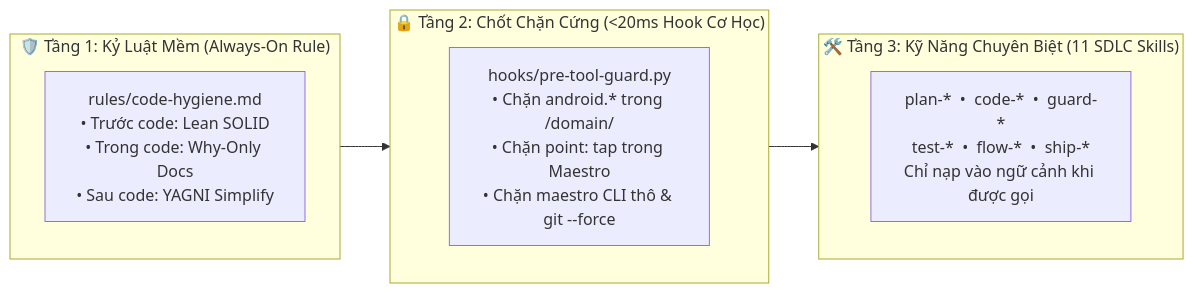
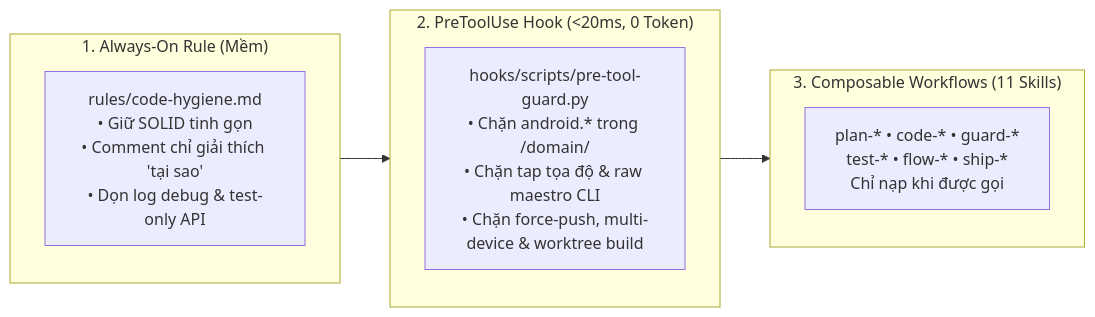
The diagram in README_VI.md (yukido0205/android-agentic-sdlc), drawn with Mermaid before and after one commit. The commit also changed other lines of this file and 4 other files, not shown here.

````diff
--- a/README_VI.md
+++ b/README_VI.md
@@ -38,16 +46,16 @@
 ```mermaid
 flowchart LR
-    subgraph L1["🛡️ Tầng 1: Kỷ Luật Mềm (Always-On Rule)"]
-        R["rules/code-hygiene.md<br/>• Trước code: Lean SOLID<br/>• Trong code: Why-Only Docs<br/>• Sau code: YAGNI Simplify"]
+    subgraph L1["1. Always-On Rule (Mềm)"]
+        R["rules/code-hygiene.md<br/>• Giữ SOLID tinh gọn<br/>• Comment chỉ giải thích 'tại sao'<br/>• Dọn log debug & test-only API"]
     end
 
-    subgraph L2["🔒 Tầng 2: Chốt Chặn Cứng (<20ms Hook Cơ Học)"]
-        H["hooks/pre-tool-guard.py<br/>• Chặn android.* trong /domain/<br/>• Chặn point: tap trong Maestro<br/>• Chặn maestro CLI thô & git --force"]
+    subgraph L2["2. PreToolUse Hook (<20ms, 0 Token)"]
+        H["hooks/scripts/pre-tool-guard.py<br/>• Chặn android.* trong /domain/<br/>• Chặn tap tọa độ & raw maestro CLI<br/>• Chặn force-push, multi-device & worktree build"]
     end
 
-    subgraph L3["🛠️ Tầng 3: Kỹ Năng Chuyên Biệt (11 SDLC Skills)"]
-        S["plan-*  •  code-*  •  guard-*<br/>test-*  •  flow-*  •  ship-*<br/>Chỉ nạp vào ngữ cảnh khi được gọi"]
+    subgraph L3["3. Composable Workflows (11 Skills)"]
+        S["plan-*  •  code-*  •  guard-*<br/>test-*  •  flow-*  •  ship-*<br/>Chỉ nạp khi được gọi"]
     end
 
     L1 --> L2 --> L3
 ```
````
